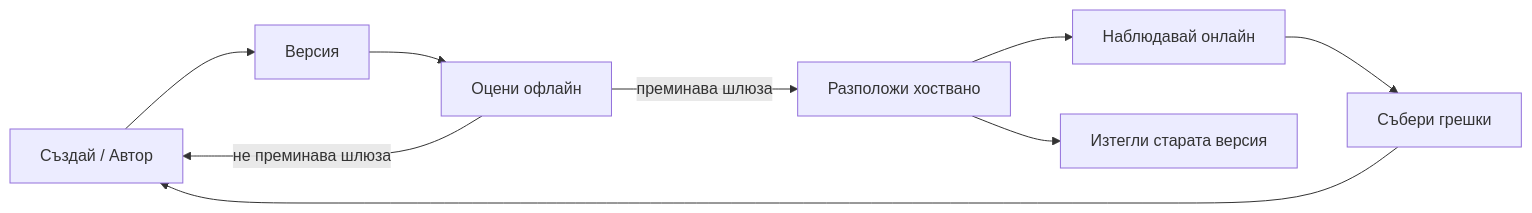
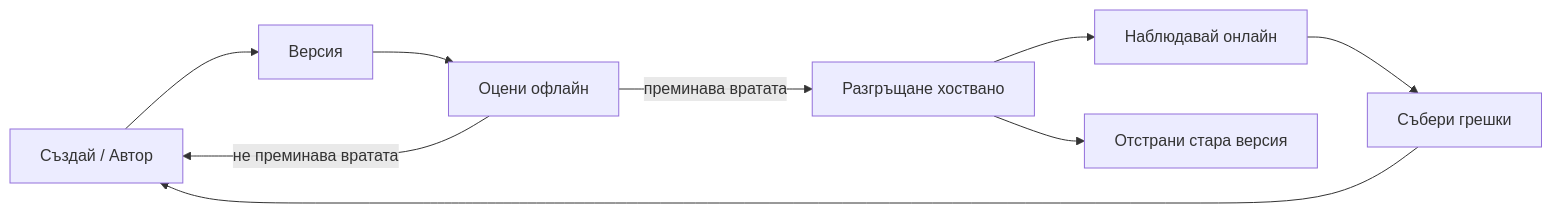
Before and after one commit to gabrielmoreira/agent-skills-mirror: the second of 4 diagrams in mirrors/repos/microsoft@ai-agents-for-beginners/translations/bg/16-deploying-scalable-agents/README.md, drawn with Mermaid. The commit also changed other lines of this file and 4262 other files, not shown here.

````diff
--- a/mirrors/repos/microsoft@ai-agents-for-beginners/translations/bg/16-deploying-scalable-agents/README.md
+++ b/mirrors/repos/microsoft@ai-agents-for-beginners/translations/bg/16-deploying-scalable-agents/README.md
@@ -108,11 +108,11 @@
 ```mermaid
 flowchart LR
     Create[Създай / Автор] --> Version[Версия]
     Version --> Evaluate[Оцени офлайн]
-    Evaluate -->|преминава шлюза| Deploy[Разположи хоствано]
-    Evaluate -->|не преминава шлюза| Create
+    Evaluate -->|преминава вратата| Deploy[Разгръщане хоствано]
+    Evaluate -->|не преминава вратата| Create
     Deploy --> Observe[Наблюдавай онлайн]
     Observe --> Improve[Събери грешки]
     Improve --> Create
-    Deploy --> Retire[Изтегли старата версия]
+    Deploy --> Retire[Отстрани стара версия]
 ```
````
